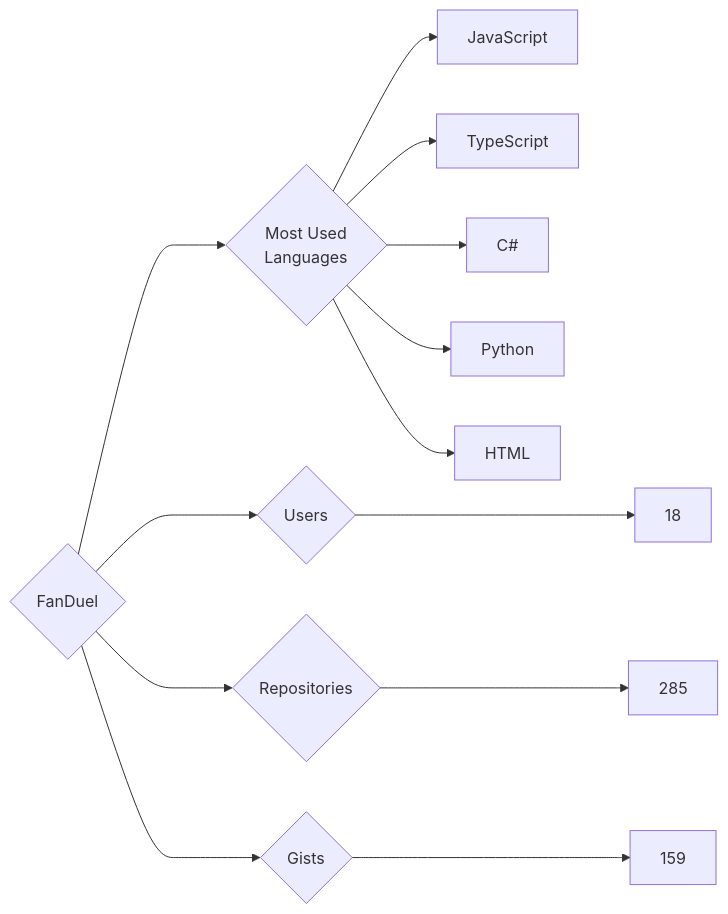
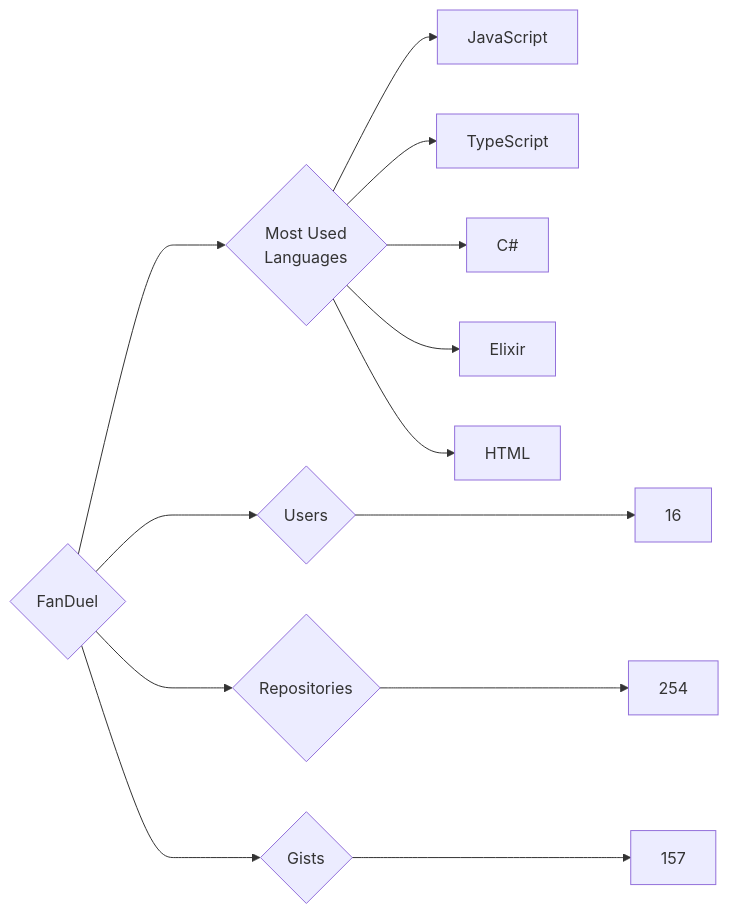
One commit to trickest/insiders changed the diagram in targets/FanDuel/README.md. Above: the diagram before and after it, drawn with Mermaid. The commit also changed 640 other files, not shown here.

````diff
--- a/targets/FanDuel/README.md
+++ b/targets/FanDuel/README.md
@@ -3,13 +3,13 @@
 ```mermaid
 graph LR
 COMPANY_NAME{FanDuel}
-COMPANY_NAME ---> U{Users} ---> UN[18]
-COMPANY_NAME ---> R{Repositories} ---> RN[285]
-COMPANY_NAME ---> G{Gists} ---> GN[159]
+COMPANY_NAME ---> U{Users} ---> UN[16]
+COMPANY_NAME ---> R{Repositories} ---> RN[254]
+COMPANY_NAME ---> G{Gists} ---> GN[157]
 COMPANY_NAME ---> ML{Most Used<br>Languages}
 ML --> JavaScript[JavaScript]
 ML --> TypeScript[TypeScript]
 ML --> C#[C#]
-ML --> Python[Python]
+ML --> Elixir[Elixir]
 ML --> HTML[HTML]
 ```
````
